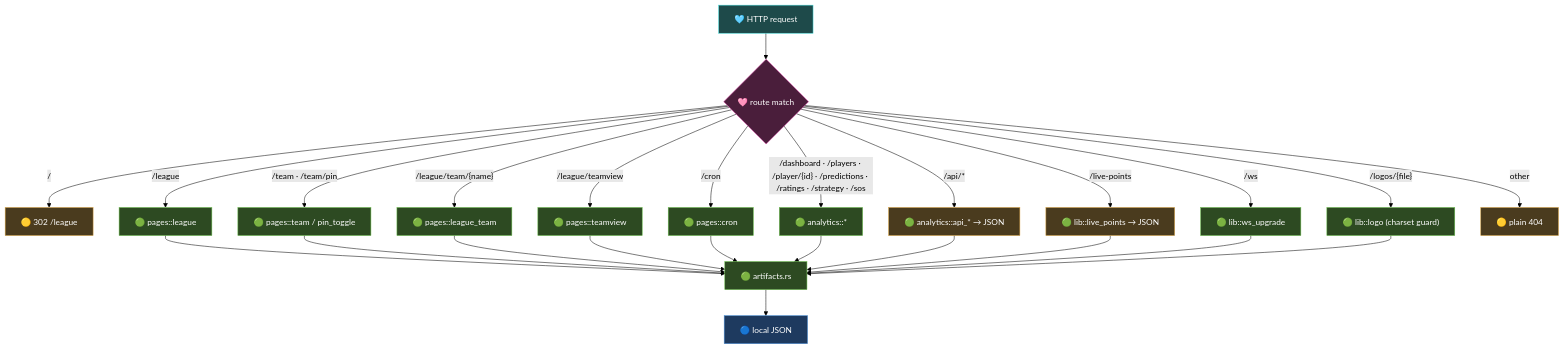
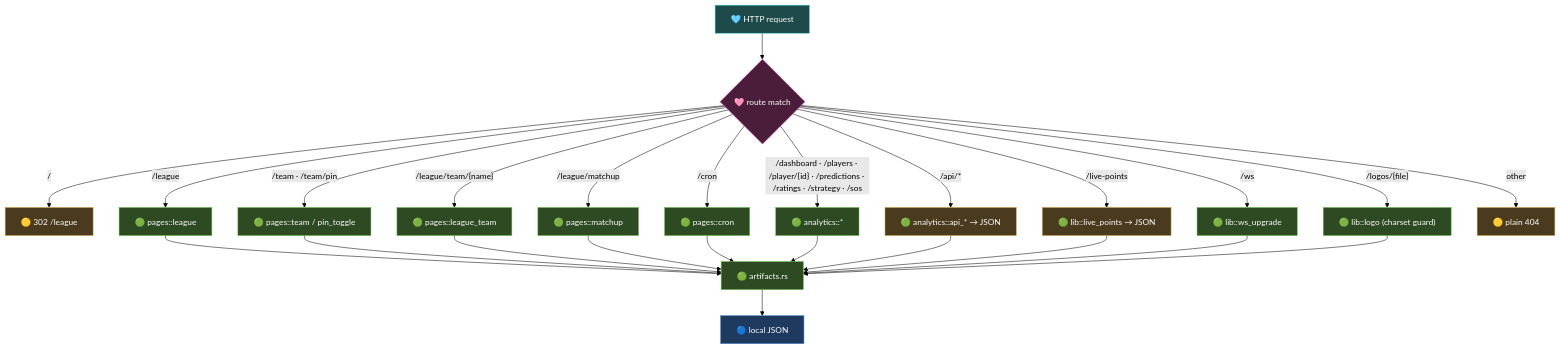
The third of 7 diagrams in docs/RUST_WEB_ARCHITECTURE.md (m0n3r0/nfl), drawn with Mermaid (forest theme) before and after one commit. The commit also changed other lines of this file and 16 other files, not shown here.

````diff
--- a/docs/RUST_WEB_ARCHITECTURE.md
+++ b/docs/RUST_WEB_ARCHITECTURE.md
@@ -85,28 +85,28 @@
 ```mermaid
 flowchart TD
     REQ["🩵 HTTP request"] --> R{"🩷 route match"}
     R -->|/| REDIR["🟡 302 /league"]
     R -->|/league| LG["🟢 pages::league"]
     R -->|/team · /team/pin| TM["🟢 pages::team / pin_toggle"]
     R -->|"/league/team/{name}"| LT["🟢 pages::league_team"]
-    R -->|/league/teamview| TV["🟢 pages::teamview"]
+    R -->|/league/matchup| TV["🟢 pages::matchup"]
     R -->|/cron| CR["🟢 pages::cron"]
     R -->|"/dashboard · /players · /player/{id} · /predictions · /ratings · /strategy · /sos"| AN["🟢 analytics::*"]
     R -->|/api/*| API["🟢 analytics::api_* → JSON"]
     R -->|/live-points| LP["🟢 lib::live_points → JSON"]
     R -->|/ws| WS["🟢 lib::ws_upgrade"]
     R -->|"/logos/{file}"| LO["🟢 lib::logo (charset guard)"]
     R -->|other| NF["🟡 plain 404"]
     LG & TM & LT & TV & CR & AN & API & LP & WS & LO --> ART["🟢 artifacts.rs"]
     ART --> DISK["🔵 local JSON"]
     classDef entry fill:#1e4a4a,stroke:#41d9d9,color:#fff
     classDef fn fill:#2d4a22,stroke:#6abf4b,color:#fff
     classDef in fill:#1e3a5f,stroke:#4a90d9,color:#fff
     classDef out fill:#4a3b1e,stroke:#d9a441,color:#fff
     classDef guard fill:#4a1e3b,stroke:#d941a4,color:#fff
     class REQ entry
     class LG,TM,LT,TV,CR,AN,API,LP,WS,LO,ART fn
     class DISK in
     class REDIR,NF,API,LP out
     class R guard
 ```
````
